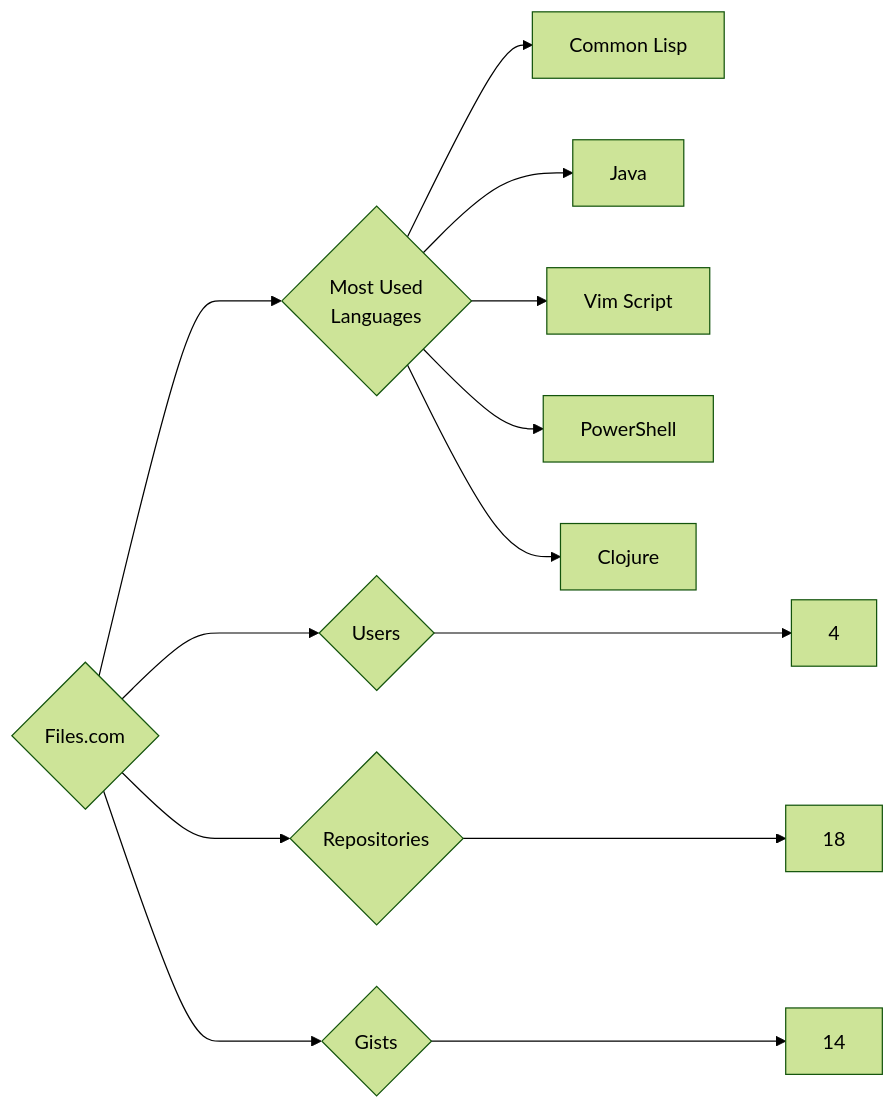
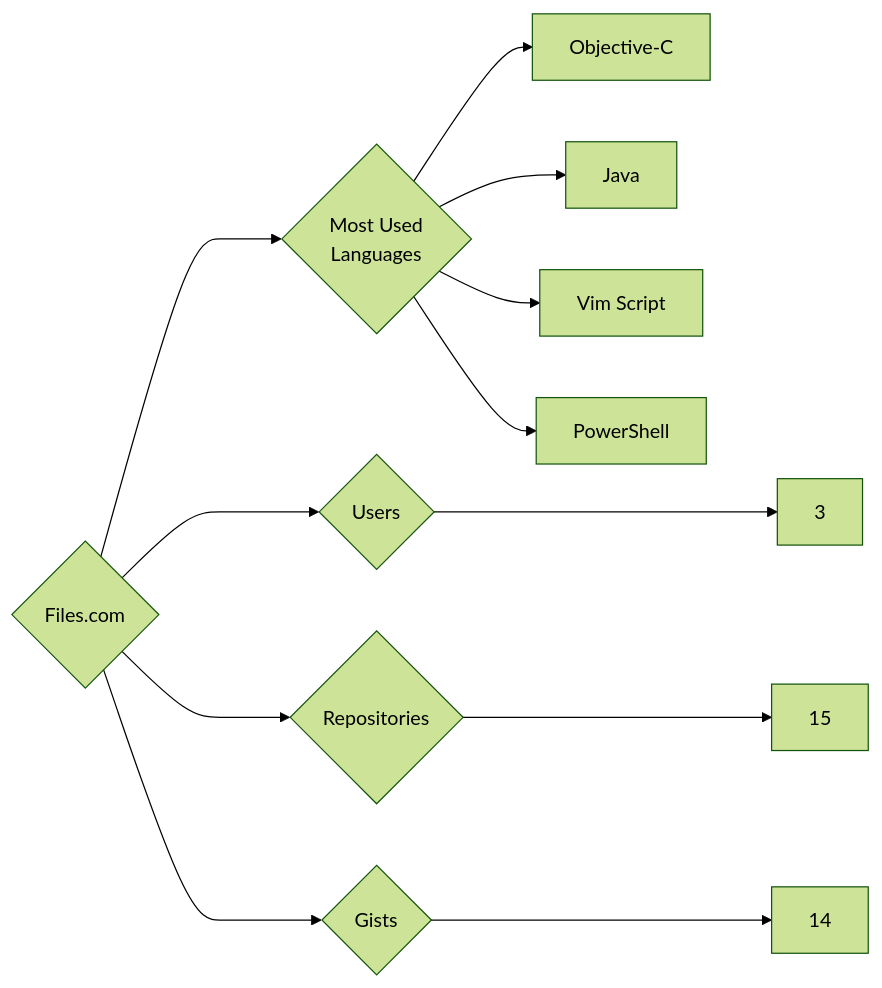
One commit to trickest/insiders changed the diagram in targets/Files.com/README.md. Above: the diagram before and after it, drawn with Mermaid (forest theme). The commit also changed 998 other files, not shown here.

````diff
--- a/targets/Files.com/README.md
+++ b/targets/Files.com/README.md
@@ -3,13 +3,12 @@
 ```mermaid
 graph LR
 COMPANY_NAME{Files.com}
-COMPANY_NAME ---> U{Users} ---> UN[4]
-COMPANY_NAME ---> R{Repositories} ---> RN[18]
+COMPANY_NAME ---> U{Users} ---> UN[3]
+COMPANY_NAME ---> R{Repositories} ---> RN[15]
 COMPANY_NAME ---> G{Gists} ---> GN[14]
 COMPANY_NAME ---> ML{Most Used<br>Languages}
-ML --> Common_Lisp[Common Lisp]
+ML --> Objective-C[Objective-C]
 ML --> Java[Java]
 ML --> Vim_Script[Vim Script]
 ML --> PowerShell[PowerShell]
-ML --> Clojure[Clojure]
 ```
````
